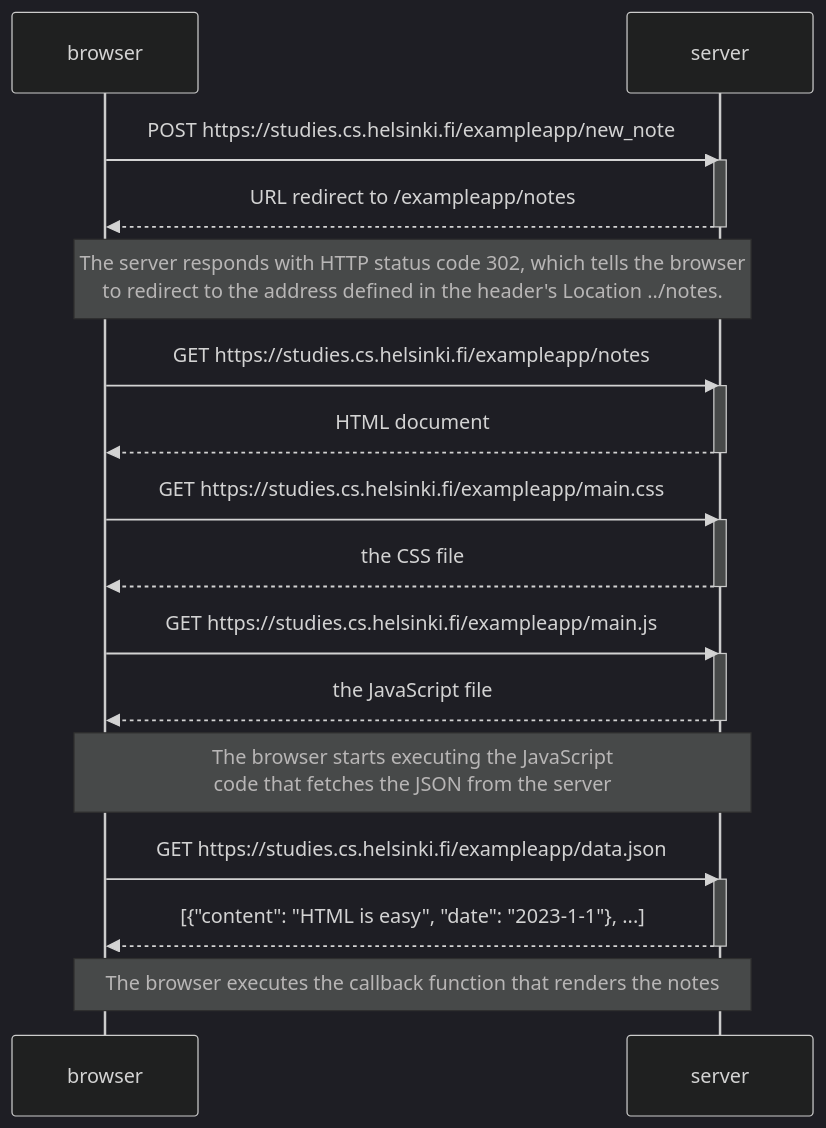
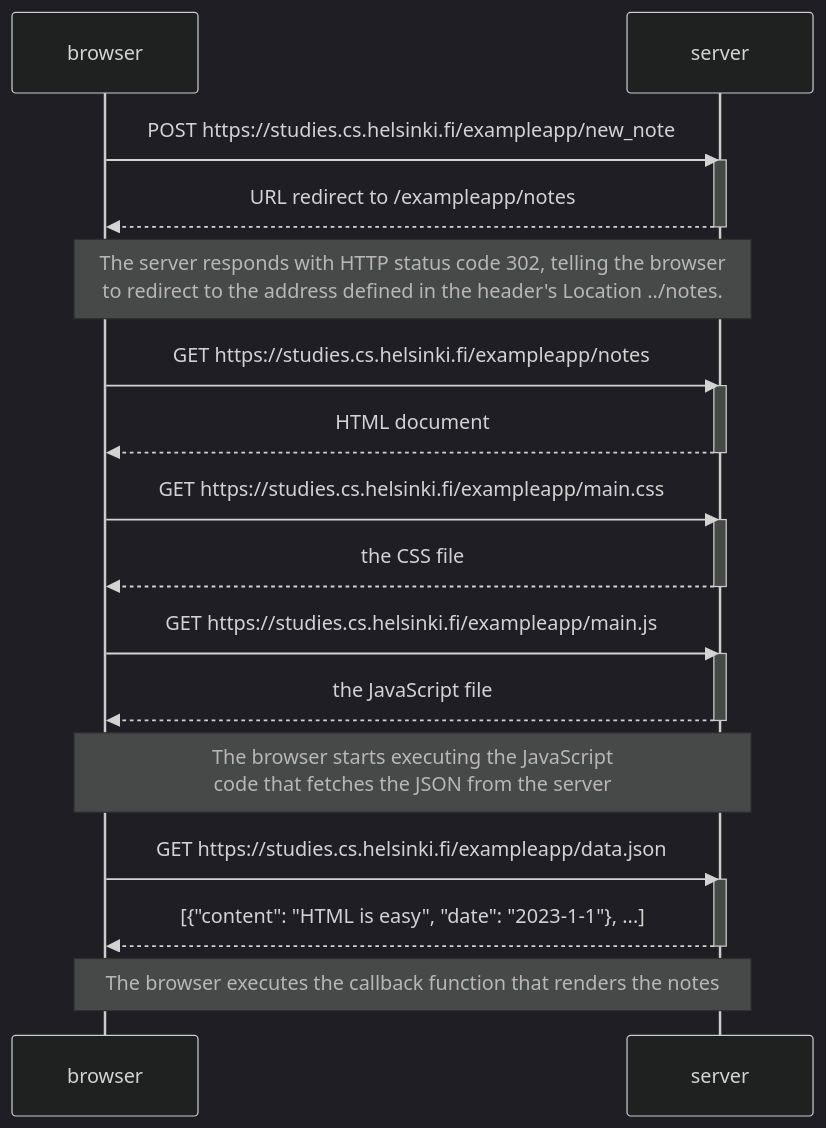
The diagram in 0.4: New note diagram.md (gitairman/mermaid), drawn with Mermaid (dark theme) before and after one commit.

Commit message:
Update 0.4: New note diagram.md

````diff
--- a/0.4: New note diagram.md
+++ b/0.4: New note diagram.md
@@ -5,29 +5,29 @@
 ```mermaid
 sequenceDiagram
     participant browser
     participant server
     browser->>server: POST https://studies.cs.helsinki.fi/exampleapp/new_note
     activate server
     server-->>browser: URL redirect to /exampleapp/notes
     deactivate server
-    Note over browser, server: The server responds with HTTP status code 302, which tells the browser<br/>to redirect to the address defined in the header's Location ../notes.
+    Note over browser, server: The server responds with HTTP status code 302, telling the browser<br/>to redirect to the address defined in the header's Location ../notes.
     browser->>server: GET https://studies.cs.helsinki.fi/exampleapp/notes
     activate server
     server-->>browser: HTML document
     deactivate server
     browser->>server: GET https://studies.cs.helsinki.fi/exampleapp/main.css
     activate server
     server-->>browser: the CSS file
     deactivate server
     browser->>server: GET https://studies.cs.helsinki.fi/exampleapp/main.js
     activate server
     server-->>browser: the JavaScript file
     deactivate server
     Note over browser, server: The browser starts executing the JavaScript<br/>code that fetches the JSON from the server
     browser->>server: GET https://studies.cs.helsinki.fi/exampleapp/data.json
     activate server
     server-->>browser: [{"content": "HTML is easy", "date": "2023-1-1"}, ...]
     deactivate server
     Note over browser, server: The browser executes the callback function that renders the notes
 
 ```
````
